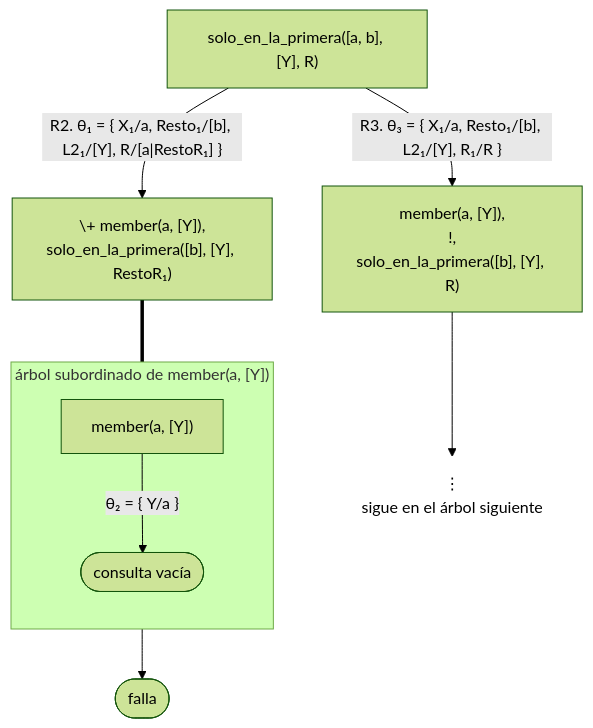
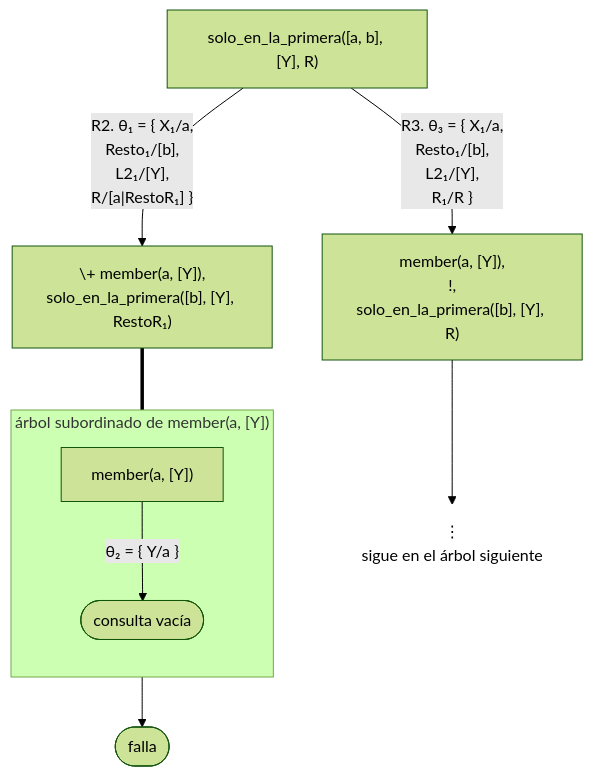
One commit to CesarBallardini/curso-de-prolog changed the fourth of 5 diagrams in docs/capitulo-10-negacion-como-falla/soluciones.md. Above: the diagram before and after it, drawn with Mermaid (forest theme). The commit also changed other lines of this file and 24 other files, not shown here.

First line of the commit message:
feat(docs): botones para ocultar las columnas laterales y etiquetas cortas en los diagramas

````diff
--- a/docs/capitulo-10-negacion-como-falla/soluciones.md
+++ b/docs/capitulo-10-negacion-como-falla/soluciones.md
@@ -835,14 +835,14 @@
 ```mermaid
 flowchart TD
-    A["solo_en_la_primera([a, b], [Y], R)"] -- "R2. θ₁ = {&nbsp;X₁/a, Resto₁/[b], L2₁/[Y], R/[a|RestoR₁]&nbsp;}" --> B["\+ member(a, [Y]),<br/>solo_en_la_primera([b], [Y], RestoR₁)"]
+    A["solo_en_la_primera([a, b], [Y], R)"] -- "R2. θ₁ = {&nbsp;X₁/a,<br/>Resto₁/[b],<br/>L2₁/[Y],<br/>R/[a|RestoR₁]&nbsp;}" --> B["\+ member(a, [Y]),<br/>solo_en_la_primera([b], [Y], RestoR₁)"]
     B === s1
     subgraph s1 ["árbol subordinado de member(a, [Y])"]
         direction TB
         C["member(a, [Y])"] -- "θ₂ = {&nbsp;Y/a&nbsp;}" --> S1(["consulta vacía"])
     end
     s1 --> F1(["falla"])
-    A -- "R3. θ₃ = {&nbsp;X₁/a, Resto₁/[b], L2₁/[Y], R₁/R&nbsp;}" --> D["member(a, [Y]),<br/>!,<br/>solo_en_la_primera([b], [Y], R)"]
+    A -- "R3. θ₃ = {&nbsp;X₁/a,<br/>Resto₁/[b],<br/>L2₁/[Y],<br/>R₁/R&nbsp;}" --> D["member(a, [Y]),<br/>!,<br/>solo_en_la_primera([b], [Y], R)"]
     D --> V["⋮<br/>sigue en el árbol siguiente"]
     classDef abierto fill:none,stroke:none;
     class V abierto;
 ```
````
